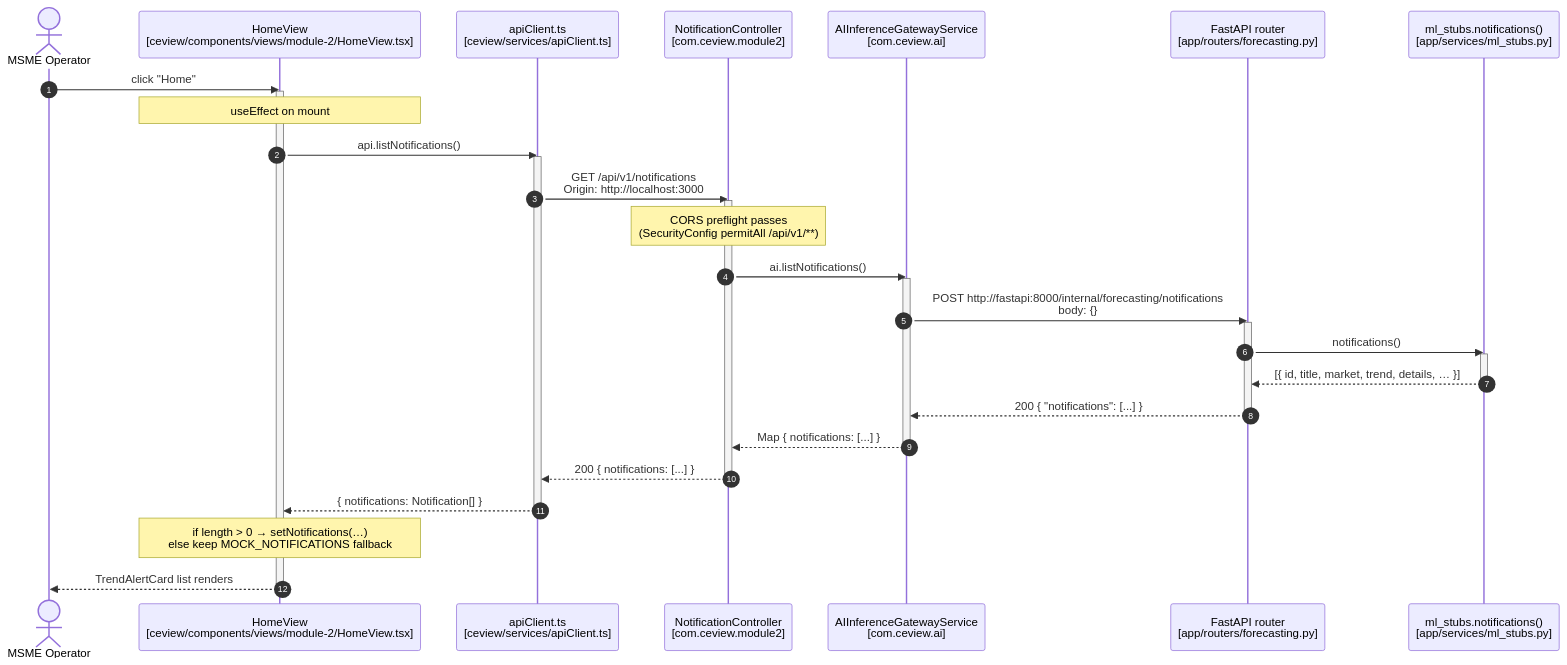
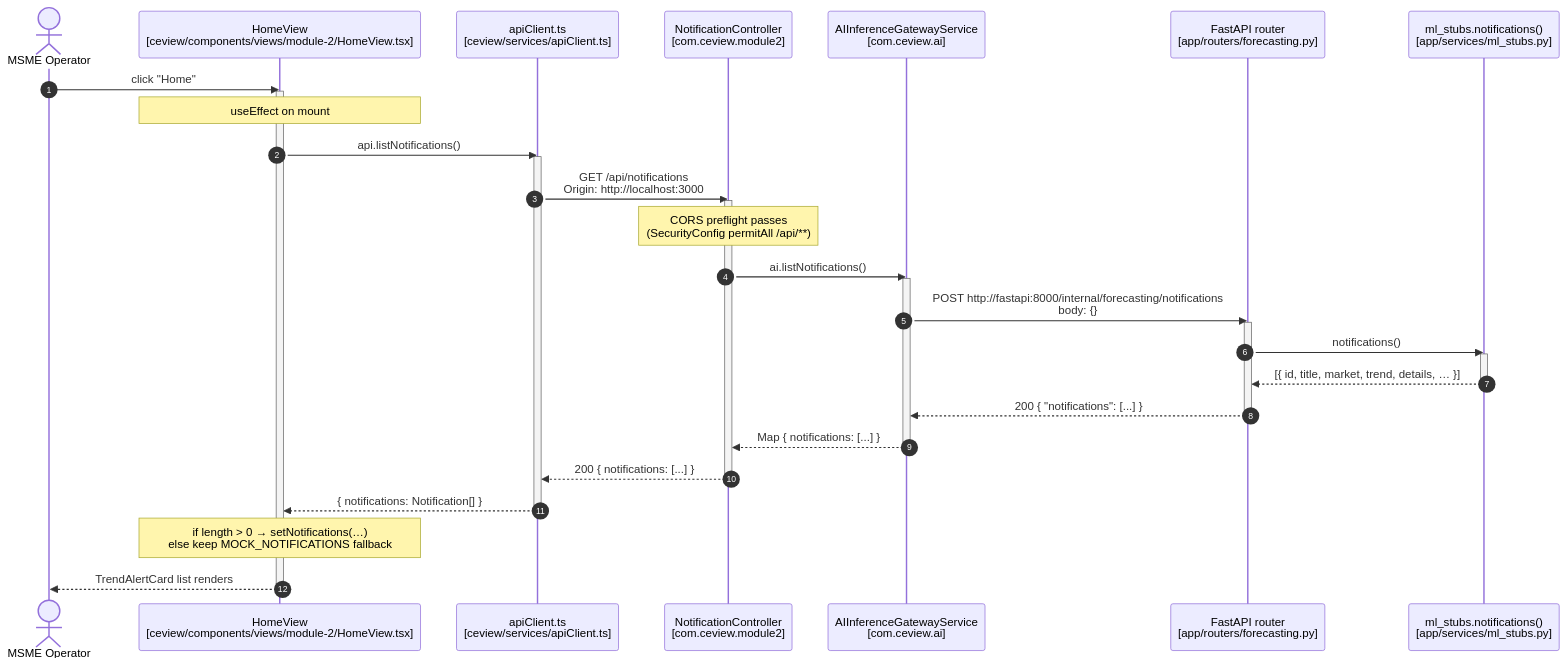
Before and after one commit to SherieHub/CeView: the second of 9 diagrams in ARCHITECTURE.md, drawn with Mermaid. The commit also changed other lines of this file and 348 other files, not shown here.

````diff
--- a/ARCHITECTURE.md
+++ b/ARCHITECTURE.md
@@ -51,39 +51,39 @@
 ```mermaid
 sequenceDiagram
     autonumber
     actor U as MSME Operator
     participant H as HomeView<br/>[ceview/components/views/module-2/HomeView.tsx]
     participant API as apiClient.ts<br/>[ceview/services/apiClient.ts]
     participant SC as NotificationController<br/>[com.ceview.module2]
     participant GW as AIInferenceGatewayService<br/>[com.ceview.ai]
     participant FR as FastAPI router<br/>[app/routers/forecasting.py]
     participant MS as ml_stubs.notifications()<br/>[app/services/ml_stubs.py]
 
     U->>H: click "Home"
     activate H
     Note over H: useEffect on mount
     H->>API: api.listNotifications()
     activate API
-    API->>SC: GET /api/v1/notifications<br/>Origin: http://localhost:3000
+    API->>SC: GET /api/notifications<br/>Origin: http://localhost:3000
     activate SC
-    Note over SC: CORS preflight passes<br/>(SecurityConfig permitAll /api/v1/**)
+    Note over SC: CORS preflight passes<br/>(SecurityConfig permitAll /api/**)
     SC->>GW: ai.listNotifications()
     activate GW
     GW->>FR: POST http://fastapi:8000/internal/forecasting/notifications<br/>body: {}
     activate FR
     FR->>MS: notifications()
     activate MS
     MS-->>FR: [{ id, title, market, trend, details, … }]
     deactivate MS
     FR-->>GW: 200 { "notifications": [...] }
     deactivate FR
     GW-->>SC: Map { notifications: [...] }
     deactivate GW
     SC-->>API: 200 { notifications: [...] }
     deactivate SC
     API-->>H: { notifications: Notification[] }
     deactivate API
     Note over H: if length > 0 → setNotifications(…)<br/>else keep MOCK_NOTIFICATIONS fallback
     H-->>U: TrendAlertCard list renders
     deactivate H
 ```
````
